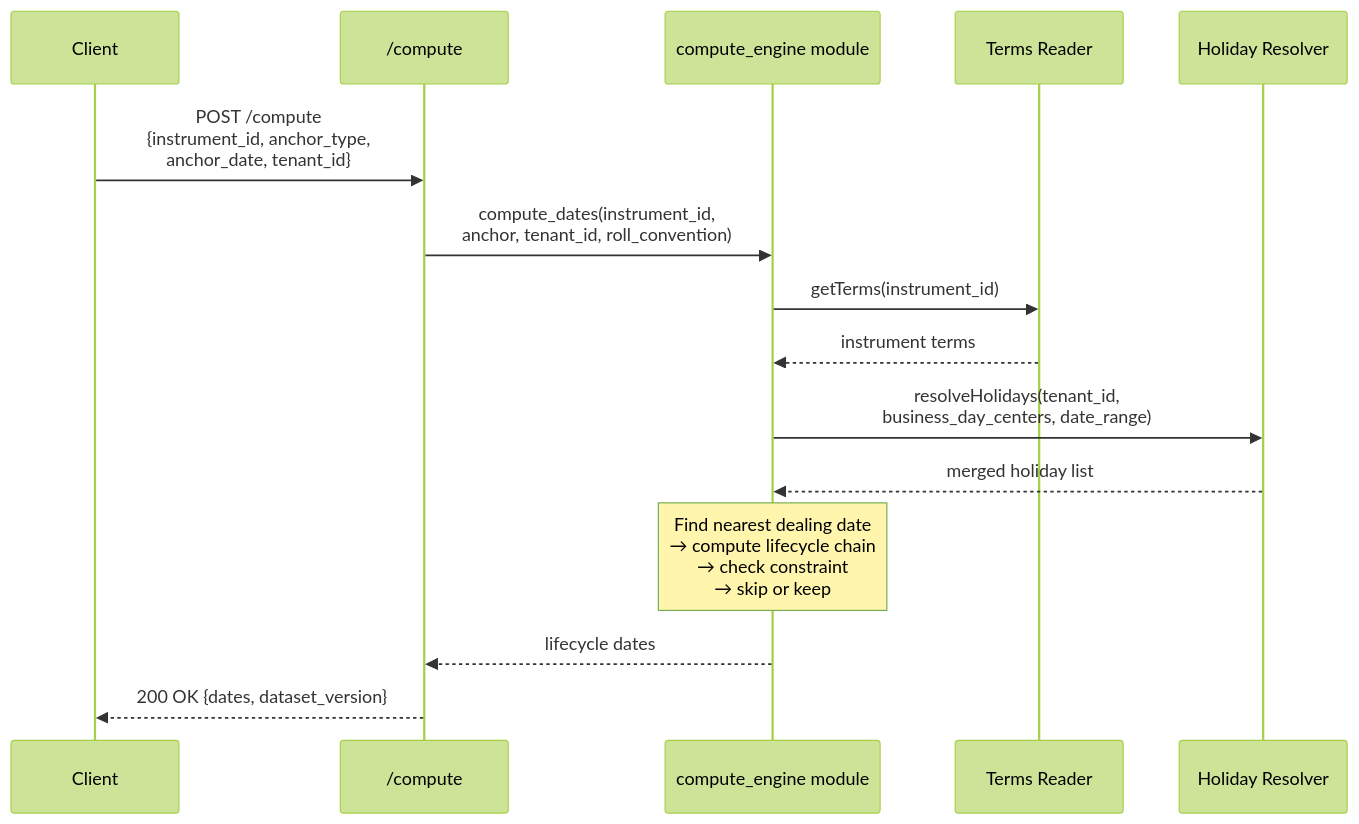
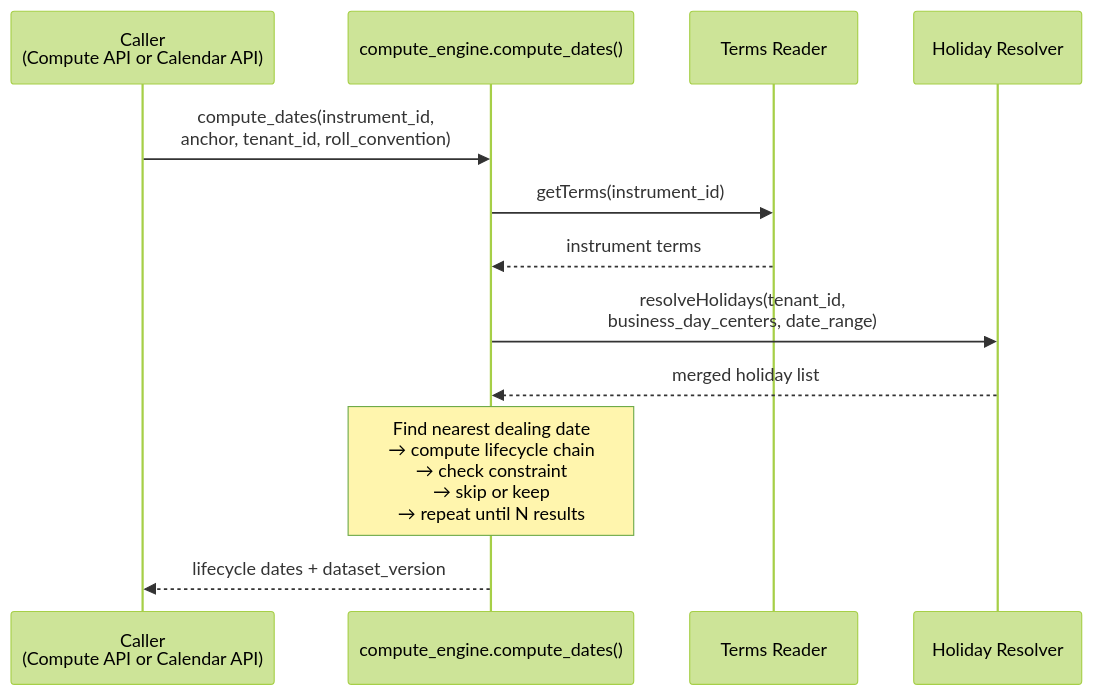
The second of 4 diagrams in lcs-main/docs/architecture.md (Ashu290905/OSYTE), drawn with Mermaid (forest theme) before and after one commit. The commit also changed other lines of this file, not shown here.

First line of the commit message:
Remove /compute endpoint, Compute API is now planning only, add engine workflow

````diff
--- a/lcs-main/docs/architecture.md
+++ b/lcs-main/docs/architecture.md
@@ -228,21 +225,19 @@
 ```mermaid
 sequenceDiagram
-    participant Client
-    participant API as /compute
-    participant CE as compute_engine module
+    participant Caller as Caller<br/>(Compute API or Calendar API)
+    participant CE as compute_engine.compute_dates()
     participant TR as Terms Reader
     participant HR as Holiday Resolver
 
-    Client->>API: POST /compute<br/>{instrument_id, anchor_type,<br/> anchor_date, tenant_id}
+    Caller->>CE: compute_dates(instrument_id,<br/>anchor, tenant_id, roll_convention)
 
-    API->>CE: compute_dates(instrument_id,<br/>anchor, tenant_id, roll_convention)
     CE->>TR: getTerms(instrument_id)
     TR-->>CE: instrument terms
+
     CE->>HR: resolveHolidays(tenant_id,<br/>business_day_centers, date_range)
     HR-->>CE: merged holiday list
 
-    Note over CE: Find nearest dealing date<br/>→ compute lifecycle chain<br/>→ check constraint<br/>→ skip or keep
+    Note over CE: Find nearest dealing date<br/>→ compute lifecycle chain<br/>→ check constraint<br/>→ skip or keep<br/>→ repeat until N results
 
-    CE-->>API: lifecycle dates
-    API-->>Client: 200 OK {dates, dataset_version}
+    CE-->>Caller: lifecycle dates + dataset_version
 ```
````
